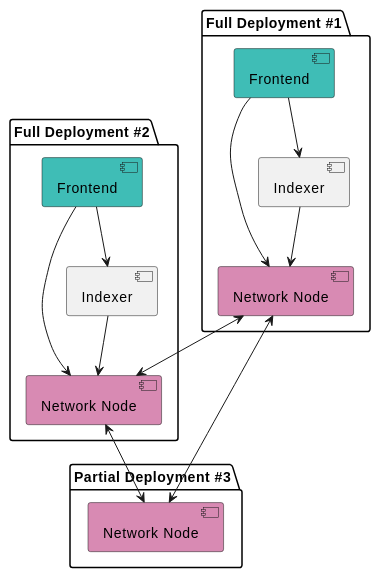
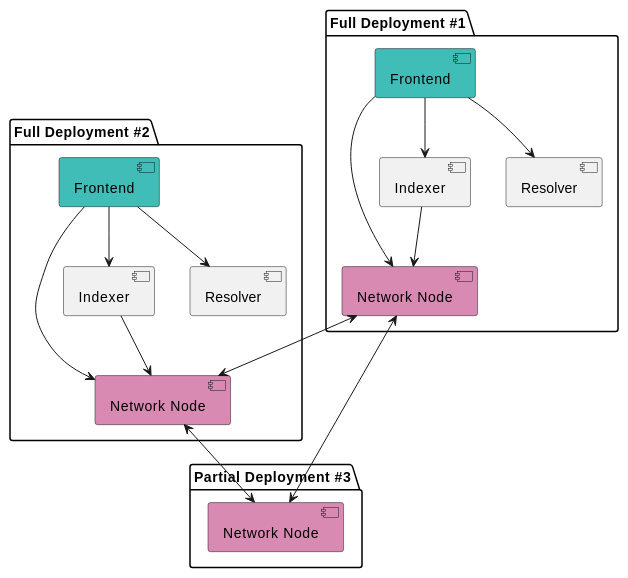
Before and after one commit to verana-labs/verana-docs: the diagram in docs/run/getting-started/10-infrastructure.md, drawn with PlantUML. The commit also changed other lines of this file and 2 other files, not shown here.

Commit message:
added index/trust resolver

````diff
--- a/docs/run/getting-started/10-infrastructure.md
+++ b/docs/run/getting-started/10-infrastructure.md
@@ -13,41 +14,46 @@
 ```plantuml
 @startuml
 
 package "Full Deployment #1" as deploy1  {
     [Network Node] as vpr1 #D88AB3
 
     [Indexer] as idx1
+    [Resolver] as rslv1
     [Frontend] as frontend1 #3fbdb6
 
     idx1 --> vpr1
     frontend1 --> idx1
+    frontend1 --> rslv1
     frontend1 --> vpr1
+
 
 }
 
 package "Full Deployment #2" as deploy2  {
     [Network Node] as vpr2 #D88AB3
 
     
     [Indexer] as idx2 
+    [Resolver] as rslv2
     [Frontend] as frontend2 #3fbdb6
 
     idx2 --> vpr2
     frontend2 --> idx2
+    frontend2 --> rslv2
     frontend2 --> vpr2
 
 }
 
 package "Partial Deployment #3" as deploy3  {
     [Network Node] as vpr3 #D88AB3
 
 
 }
 
 vpr1 <--> vpr2
 vpr2 <--> vpr3
 vpr3 <--> vpr1
 
 @enduml
 
 ```
````
